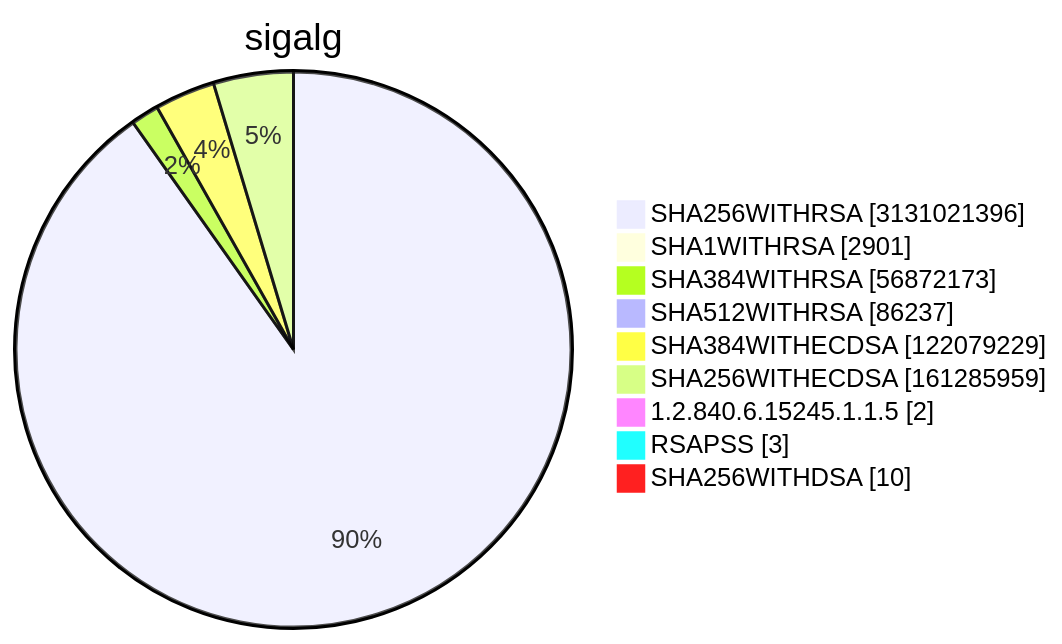
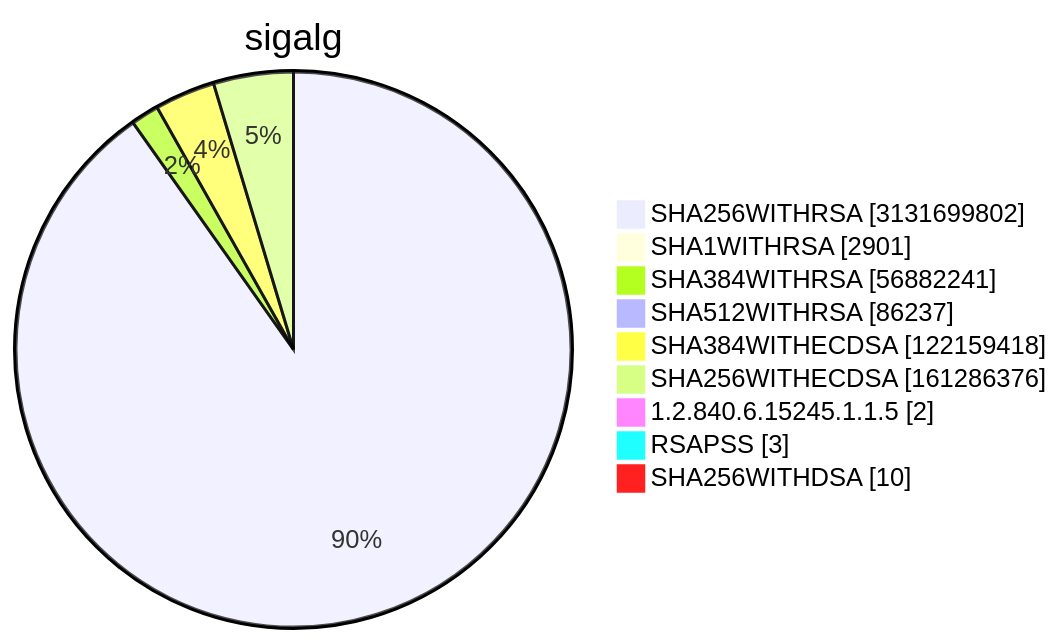
One commit to christiankrug/ctmonitor_visualization changed diagram 15 of 15 in TOTAL/README.md. Above: the diagram before and after it, drawn with Mermaid. The commit also changed other lines of this file, not shown here.

````diff
--- a/TOTAL/README.md
+++ b/TOTAL/README.md
@@ -6212,13 +6212,13 @@
 ```mermaid
 pie showData
 title sigalg
-"SHA256WITHRSA" :3131021396
+"SHA256WITHRSA" :3131699802
 "SHA1WITHRSA" :2901
-"SHA384WITHRSA" :56872173
+"SHA384WITHRSA" :56882241
 "SHA512WITHRSA" :86237
-"SHA384WITHECDSA" :122079229
-"SHA256WITHECDSA" :161285959
+"SHA384WITHECDSA" :122159418
+"SHA256WITHECDSA" :161286376
 "1.2.840.6.15245.1.1.5" :2
 "RSAPSS" :3
 "SHA256WITHDSA" :10
 ```
````
